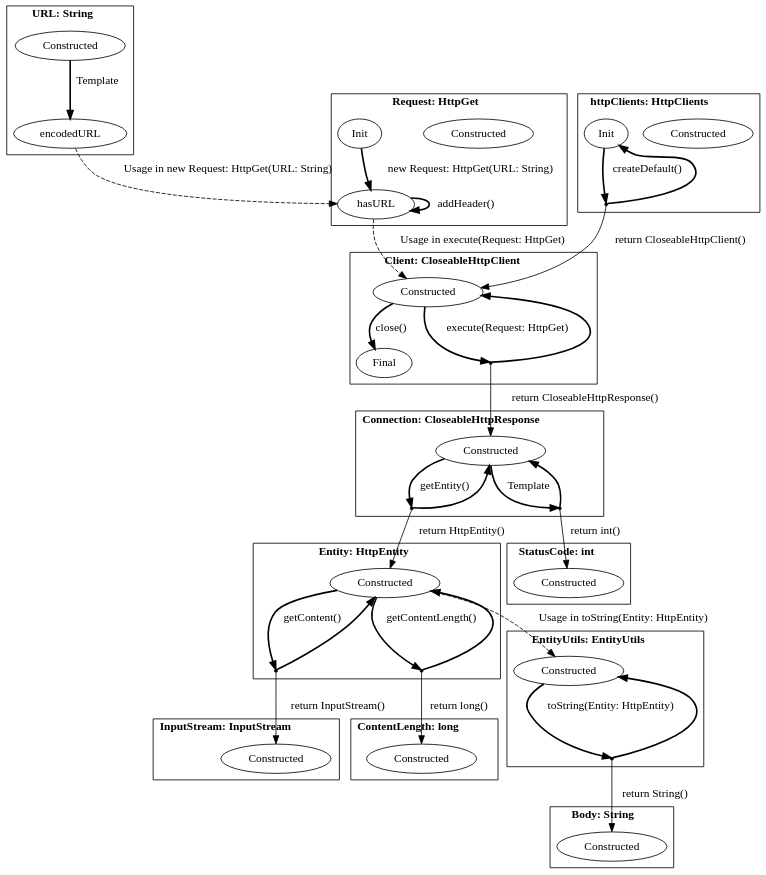
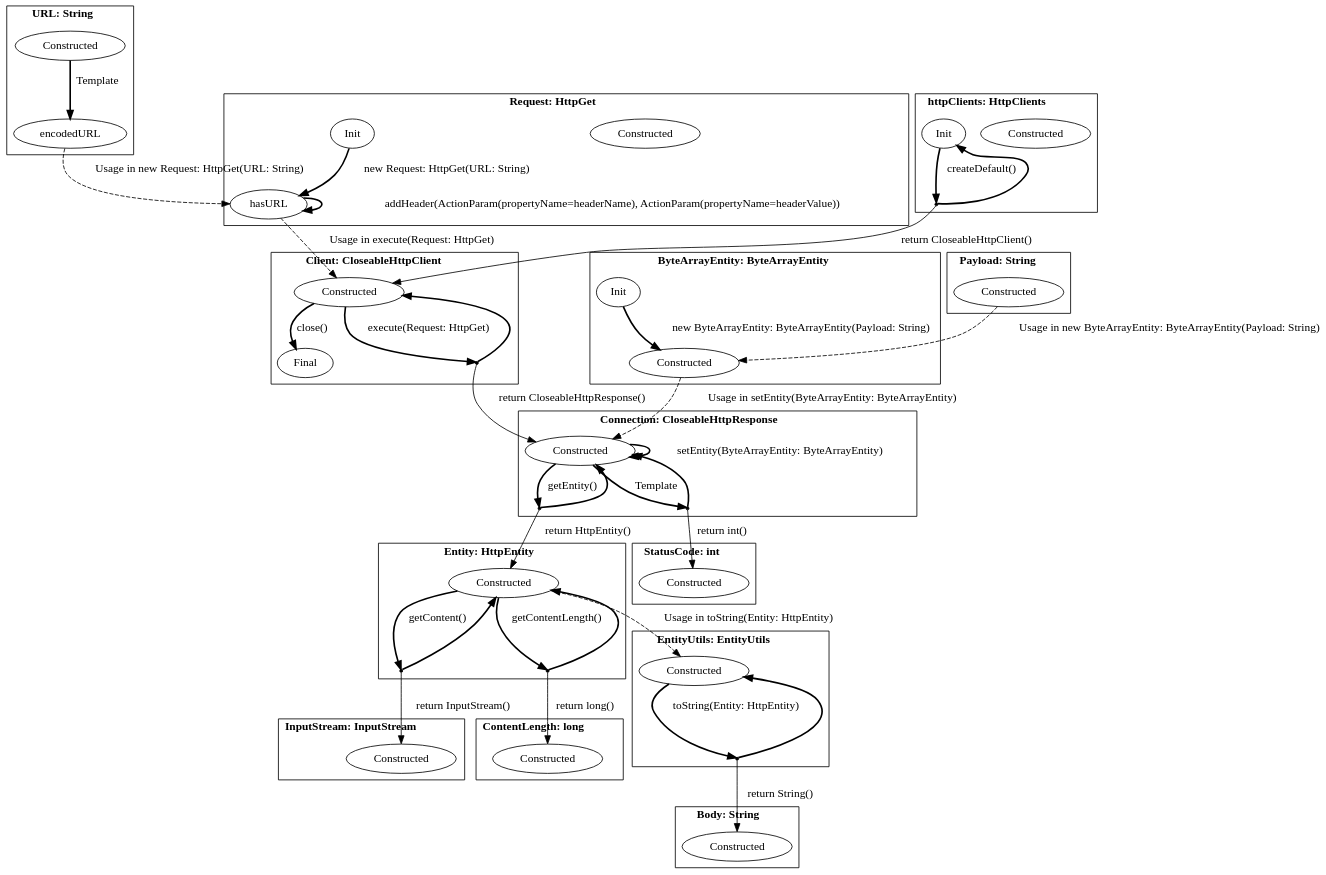
One commit to h31/LibraryMigration changed the diagram in pictures/apache.dot. Above: the diagram before and after it, drawn with Graphviz. The commit also changed 12 other files, not shown here.

```diff
--- a/pictures/apache.dot
+++ b/pictures/apache.dot
@@ -1,87 +1,100 @@
 digraph G {
     bgcolor="transparent";
     subgraph cluster0 {
     label = <<B>URL: String</B>>;
         Constructed_URL [ label="Constructed" ];
         encodedURL_URL [ label="encodedURL" ];
     }
     subgraph cluster1 {
     label = <<B>Request: HttpGet</B>>;
         Constructed_Request [ label="Constructed" ];
         hasURL_Request [ label="hasURL" ];
         Init_Request [ label="Init" ];
     }
     subgraph cluster2 {
     label = <<B>Client: CloseableHttpClient</B>>;
         Constructed_Client [ label="Constructed" ];
         Final_Client [ label="Final" ];
         virtual0 [ shape = point ];
     }
     subgraph cluster3 {
     label = <<B>Connection: CloseableHttpResponse</B>>;
         Constructed_Connection [ label="Constructed" ];
         virtual1 [ shape = point ];
         virtual2 [ shape = point ];
     }
     subgraph cluster4 {
     label = <<B>Body: String</B>>;
         Constructed_Body [ label="Constructed" ];
     }
     subgraph cluster5 {
     label = <<B>httpClients: HttpClients</B>>;
         Constructed_httpClients [ label="Constructed" ];
         Init_httpClients [ label="Init" ];
         virtual3 [ shape = point ];
     }
     subgraph cluster6 {
     label = <<B>InputStream: InputStream</B>>;
         Constructed_InputStream [ label="Constructed" ];
     }
     subgraph cluster7 {
     label = <<B>ContentLength: long</B>>;
         Constructed_ContentLength [ label="Constructed" ];
     }
     subgraph cluster8 {
     label = <<B>Entity: HttpEntity</B>>;
         Constructed_Entity [ label="Constructed" ];
         virtual4 [ shape = point ];
         virtual5 [ shape = point ];
     }
     subgraph cluster9 {
     label = <<B>EntityUtils: EntityUtils</B>>;
         Constructed_EntityUtils [ label="Constructed" ];
         virtual6 [ shape = point ];
     }
     subgraph cluster10 {
     label = <<B>StatusCode: int</B>>;
         Constructed_StatusCode [ label="Constructed" ];
     }
+    subgraph cluster11 {
+    label = <<B>ByteArrayEntity: ByteArrayEntity</B>>;
+        Constructed_ByteArrayEntity [ label="Constructed" ];
+        Init_ByteArrayEntity [ label="Init" ];
+    }
+    subgraph cluster12 {
+    label = <<B>Payload: String</B>>;
+        Constructed_Payload [ label="Constructed" ];
+    }
         Constructed_URL -> encodedURL_URL [ label="Template", style = "bold"  ];
         encodedURL_URL -> hasURL_Request [ label="Usage in new Request: HttpGet(URL: String)", style = "dashed"  ];
         Init_Request -> hasURL_Request [ label="new Request: HttpGet(URL: String)", style = "bold"  ];
-        hasURL_Request -> hasURL_Request [ label="addHeader()", style = "bold"  ];
+        hasURL_Request -> hasURL_Request [ label="addHeader(ActionParam(propertyName&#x3D;headerName), ActionParam(propertyName&#x3D;headerValue))", style = "bold"  ];
         hasURL_Request -> Constructed_Client [ label="Usage in execute(Request: HttpGet)", style = "dashed"  ];
         Constructed_Client -> virtual0 [ style = "bold" label="execute(Request: HttpGet)"  ];
         virtual0 -> Constructed_Client [ style = "bold"  ];
         virtual0 -> Constructed_Connection [ label="return CloseableHttpResponse()"  ];
         Constructed_Client -> Final_Client [ label="close()", style = "bold"  ];
+        Constructed_Connection -> Constructed_Connection [ label="setEntity(ByteArrayEntity: ByteArrayEntity)", style = "bold"  ];
         Constructed_Connection -> virtual1 [ style = "bold" label="getEntity()"  ];
         virtual1 -> Constructed_Connection [ style = "bold"  ];
         virtual1 -> Constructed_Entity [ label="return HttpEntity()"  ];
         Constructed_Connection -> virtual2 [ style = "bold" label="Template"  ];
         virtual2 -> Constructed_Connection [ style = "bold"  ];
         virtual2 -> Constructed_StatusCode [ label="return int()"  ];
         Init_httpClients -> virtual3 [ style = "bold" label="createDefault()"  ];
         virtual3 -> Init_httpClients [ style = "bold"  ];
         virtual3 -> Constructed_Client [ label="return CloseableHttpClient()"  ];
         Constructed_Entity -> Constructed_EntityUtils [ label="Usage in toString(Entity: HttpEntity)", style = "dashed"  ];
         Constructed_Entity -> virtual4 [ style = "bold" label="getContent()"  ];
         virtual4 -> Constructed_Entity [ style = "bold"  ];
         virtual4 -> Constructed_InputStream [ label="return InputStream()"  ];
         Constructed_Entity -> virtual5 [ style = "bold" label="getContentLength()"  ];
         virtual5 -> Constructed_Entity [ style = "bold"  ];
         virtual5 -> Constructed_ContentLength [ label="return long()"  ];
         Constructed_EntityUtils -> virtual6 [ style = "bold" label="toString(Entity: HttpEntity)"  ];
         virtual6 -> Constructed_EntityUtils [ style = "bold"  ];
         virtual6 -> Constructed_Body [ label="return String()"  ];
+        Init_ByteArrayEntity -> Constructed_ByteArrayEntity [ label="new ByteArrayEntity: ByteArrayEntity(Payload: String)", style = "bold"  ];
+        Constructed_ByteArrayEntity -> Constructed_Connection [ label="Usage in setEntity(ByteArrayEntity: ByteArrayEntity)", style = "dashed"  ];
+        Constructed_Payload -> Constructed_ByteArrayEntity [ label="Usage in new ByteArrayEntity: ByteArrayEntity(Payload: String)", style = "dashed"  ];
 }
```
